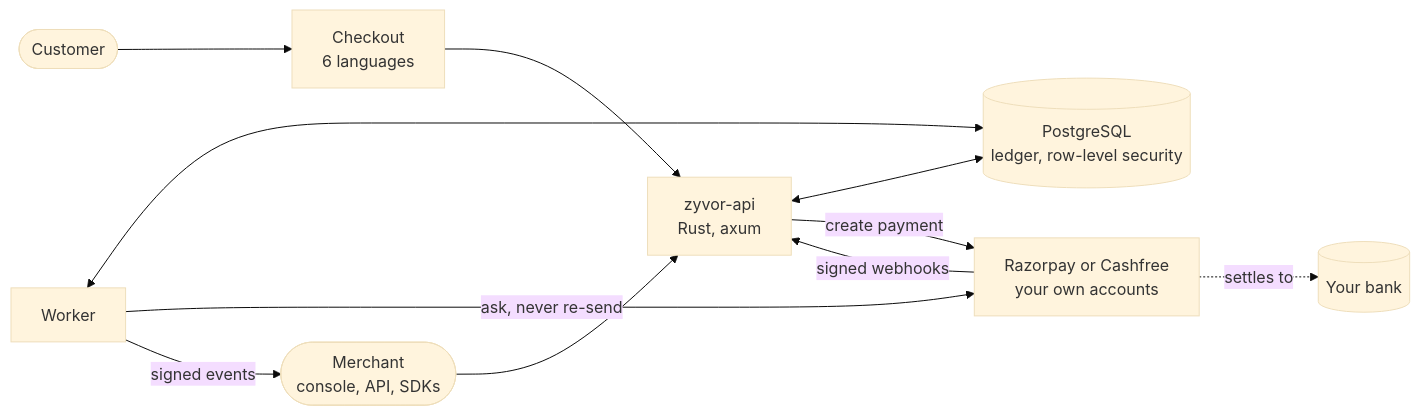
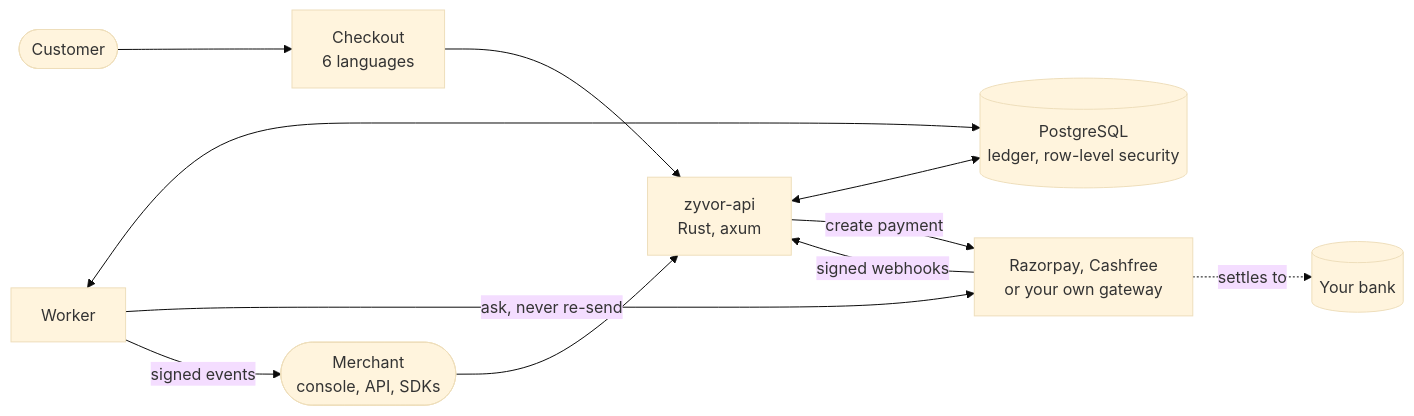
Before and after one commit to zyvorai/vayora: the first of 2 diagrams in README.md, drawn with Mermaid (base theme). The commit also changed other lines of this file and 74 other files, not shown here.

````diff
--- a/README.md
+++ b/README.md
@@ -38,13 +38,13 @@
 ```mermaid
 flowchart LR
   C([Customer]) --> CK[Checkout<br/>6 languages]
   CK --> API[zyvor-api<br/>Rust, axum]
   M([Merchant<br/>console, API, SDKs]) --> API
   API <--> DB[(PostgreSQL<br/>ledger, row-level security)]
   W[Worker] <--> DB
-  API -- create payment --> P[Razorpay or Cashfree<br/>your own accounts]
+  API -- create payment --> P[Razorpay, Cashfree<br/>or your own gateway]
   P -- signed webhooks --> API
   W -- ask, never re-send --> P
   W -- signed events --> M
   P -. settles to .-> B[(Your bank)]
 ```
````
